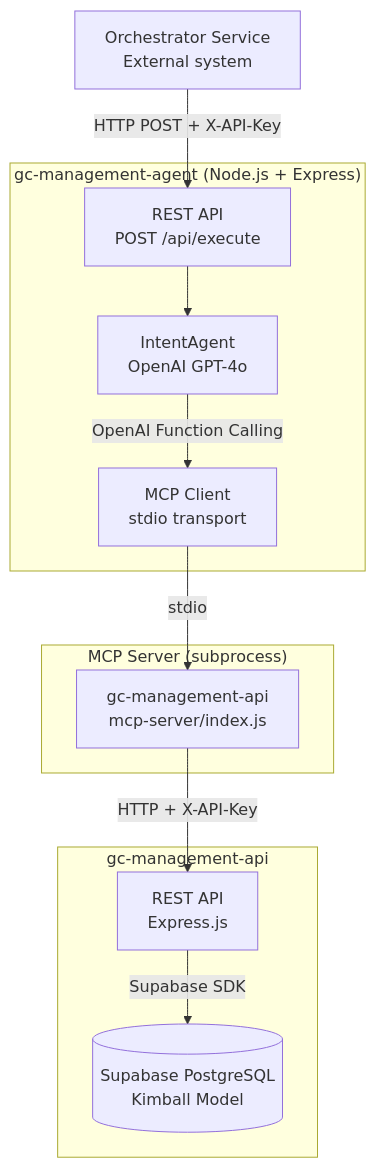
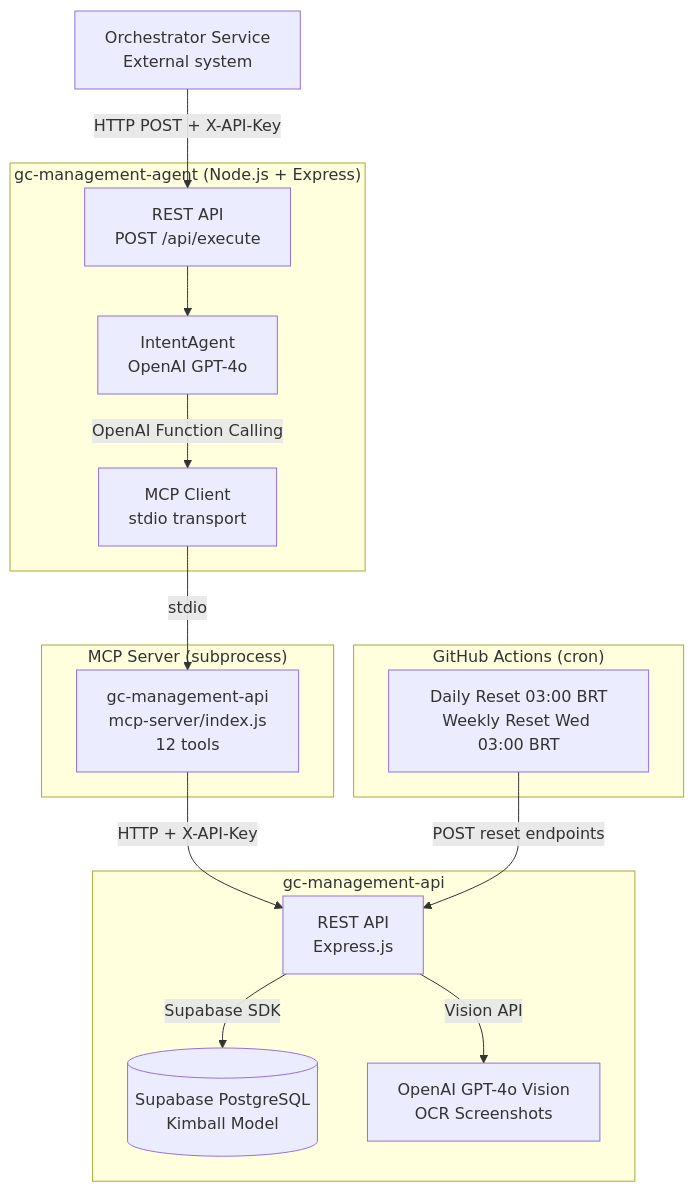
The first of 4 diagrams in ARCHITECTURE.md (g-soldera/gc-management-agent), drawn with Mermaid before and after one commit. The commit also changed other lines of this file, not shown here.

First line of the commit message:
docs: update ARCHITECTURE for v1.2.0

````diff
--- a/ARCHITECTURE.md
+++ b/ARCHITECTURE.md
@@ -9,26 +12,33 @@
 ```mermaid
 graph TB
     Orchestrator[Orchestrator Service<br/>External system]
     
     subgraph Agent["gc-management-agent (Node.js + Express)"]
         API[REST API<br/>POST /api/execute]
         Intent[IntentAgent<br/>OpenAI GPT-4o]
         MCPClient[MCP Client<br/>stdio transport]
     end
     
     subgraph MCP["MCP Server (subprocess)"]
-        MCPServer[gc-management-api<br/>mcp-server/index.js]
+        MCPServer[gc-management-api<br/>mcp-server/index.js<br/>12 tools]
     end
     
     subgraph Backend["gc-management-api"]
         REST[REST API<br/>Express.js]
         DB[(Supabase PostgreSQL<br/>Kimball Model)]
+        OCR[OpenAI GPT-4o Vision<br/>OCR Screenshots]
+    end
+    
+    subgraph Cron["GitHub Actions (cron)"]
+        Actions[Daily Reset 03:00 BRT<br/>Weekly Reset Wed 03:00 BRT]
     end
     
     Orchestrator -->|HTTP POST + X-API-Key| API
     API --> Intent
     Intent -->|OpenAI Function Calling| MCPClient
     MCPClient -->|stdio| MCPServer
     MCPServer -->|HTTP + X-API-Key| REST
     REST -->|Supabase SDK| DB
+    REST -->|Vision API| OCR
+    Actions -->|POST reset endpoints| REST
 ```
````
